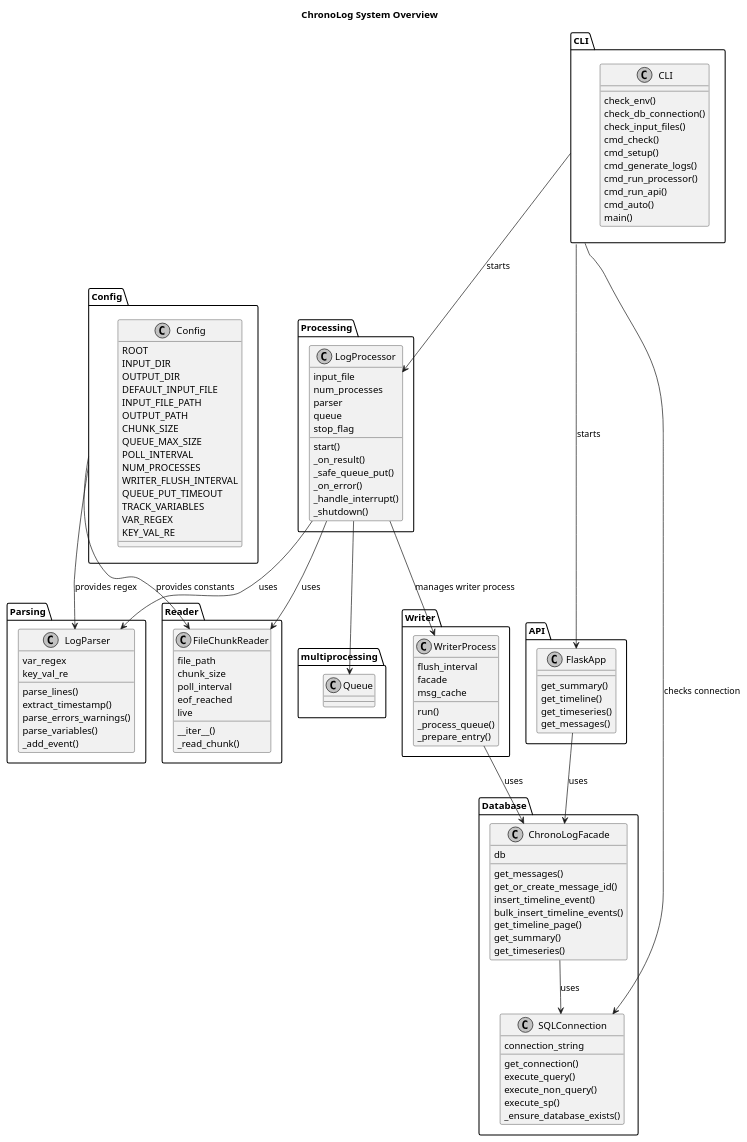
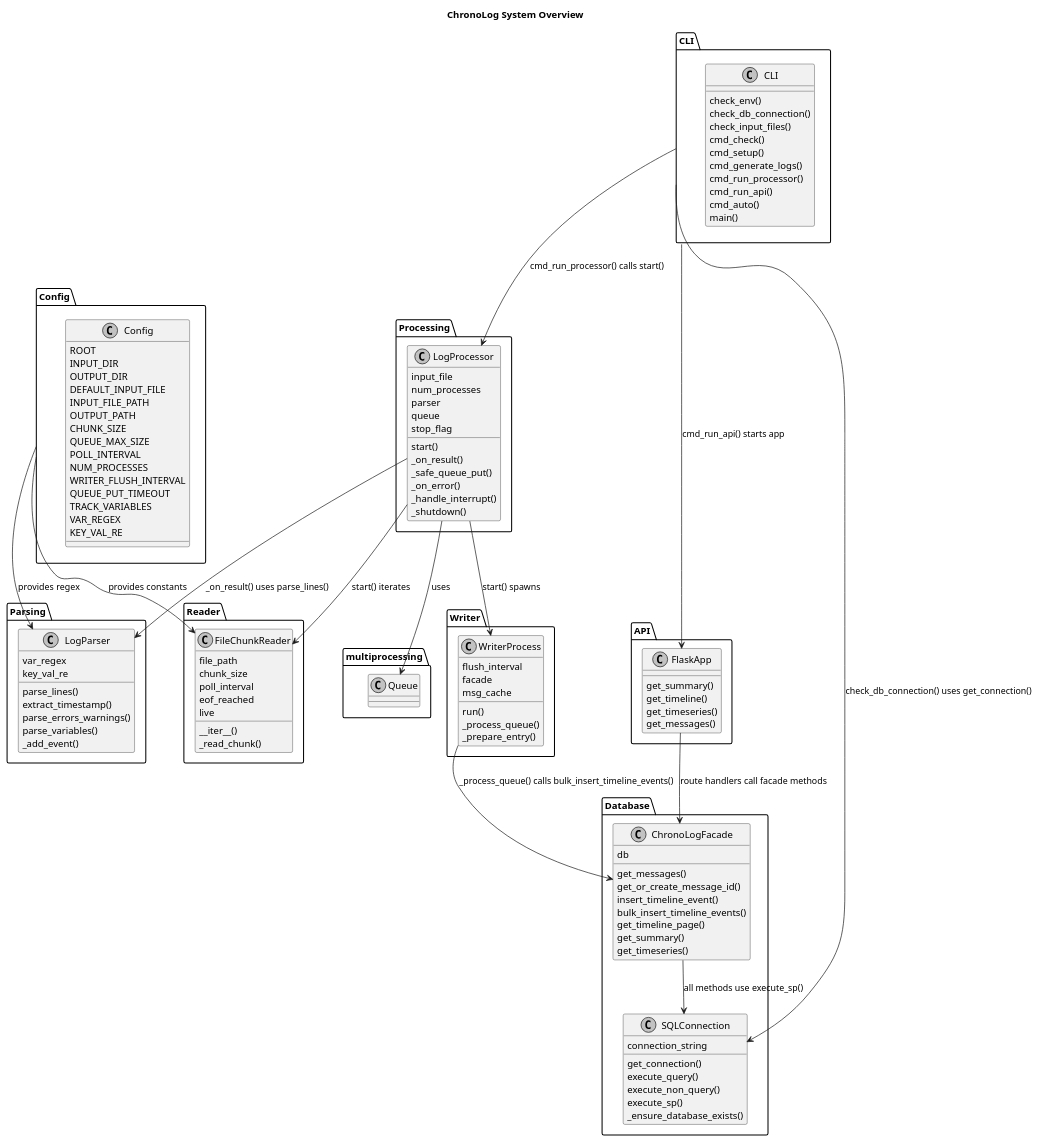
Before and after one commit to quackextractor/ChronoLog: the diagram in ChronoLog/docs/diagram.puml, drawn with PlantUML.

```diff
--- a/ChronoLog/docs/diagram.puml
+++ b/ChronoLog/docs/diagram.puml
@@ -1,141 +1,142 @@
 @startuml ChronoLog
 
 title ChronoLog System Overview
 
 skinparam monochrome true
 skinparam shadowing false
 
 package "Config" {
     class Config {
         ROOT
         INPUT_DIR
         OUTPUT_DIR
         DEFAULT_INPUT_FILE
         INPUT_FILE_PATH
         OUTPUT_PATH
         CHUNK_SIZE
         QUEUE_MAX_SIZE
         POLL_INTERVAL
         NUM_PROCESSES
         WRITER_FLUSH_INTERVAL
         QUEUE_PUT_TIMEOUT
         TRACK_VARIABLES
         VAR_REGEX
         KEY_VAL_RE
     }
 }
 
 package "Reader" {
     class FileChunkReader {
         file_path
         chunk_size
         poll_interval
         eof_reached
         live
         __iter__()
         _read_chunk()
     }
 }
 
 package "Parsing" {
     class LogParser {
         var_regex
         key_val_re
         parse_lines()
         extract_timestamp()
         parse_errors_warnings()
         parse_variables()
         _add_event()
     }
 }
 
 package "Processing" {
     class LogProcessor {
         input_file
         num_processes
         parser
         queue
         stop_flag
         start()
         _on_result()
         _safe_queue_put()
         _on_error()
         _handle_interrupt()
         _shutdown()
     }
 }
 
 package "Database" {
     class SQLConnection {
         connection_string
         get_connection()
         execute_query()
         execute_non_query()
         execute_sp()
         _ensure_database_exists()
     }
 
     class ChronoLogFacade {
         db
         get_messages()
         get_or_create_message_id()
         insert_timeline_event()
         bulk_insert_timeline_events()
         get_timeline_page()
         get_summary()
         get_timeseries()
     }
 }
 
 package "Writer" {
     class WriterProcess {
         flush_interval
         facade
         msg_cache
         run()
         _process_queue()
         _prepare_entry()
     }
 }
 
 package "API" {
     class FlaskApp {
         get_summary()
         get_timeline()
         get_timeseries()
         get_messages()
     }
 }
 
 package "CLI" {
     class CLI {
         check_env()
         check_db_connection()
         check_input_files()
         cmd_check()
         cmd_setup()
         cmd_generate_logs()
         cmd_run_processor()
         cmd_run_api()
         cmd_auto()
         main()
     }
 }
 
 Config --> FileChunkReader : provides constants
 Config --> LogParser : provides regex
-LogProcessor --> LogParser : uses
-LogProcessor --> FileChunkReader : uses
-LogProcessor --> WriterProcess : manages writer process
-LogProcessor --> multiprocessing.Queue
 
-WriterProcess --> ChronoLogFacade : uses
-ChronoLogFacade --> SQLConnection : uses
+LogProcessor --> LogParser : _on_result() uses parse_lines()
+LogProcessor --> FileChunkReader : start() iterates
+LogProcessor --> WriterProcess : start() spawns
+LogProcessor --> multiprocessing.Queue : uses
 
-CLI --> LogProcessor : starts
-CLI --> FlaskApp : starts
-CLI --> SQLConnection : checks connection
+WriterProcess --> ChronoLogFacade : _process_queue() calls bulk_insert_timeline_events()
+ChronoLogFacade --> SQLConnection : all methods use execute_sp()
 
-FlaskApp --> ChronoLogFacade : uses
+CLI --> LogProcessor : cmd_run_processor() calls start()
+CLI --> FlaskApp : cmd_run_api() starts app
+CLI --> SQLConnection : check_db_connection() uses get_connection()
+
+FlaskApp --> ChronoLogFacade : route handlers call facade methods
 
 @enduml
```
